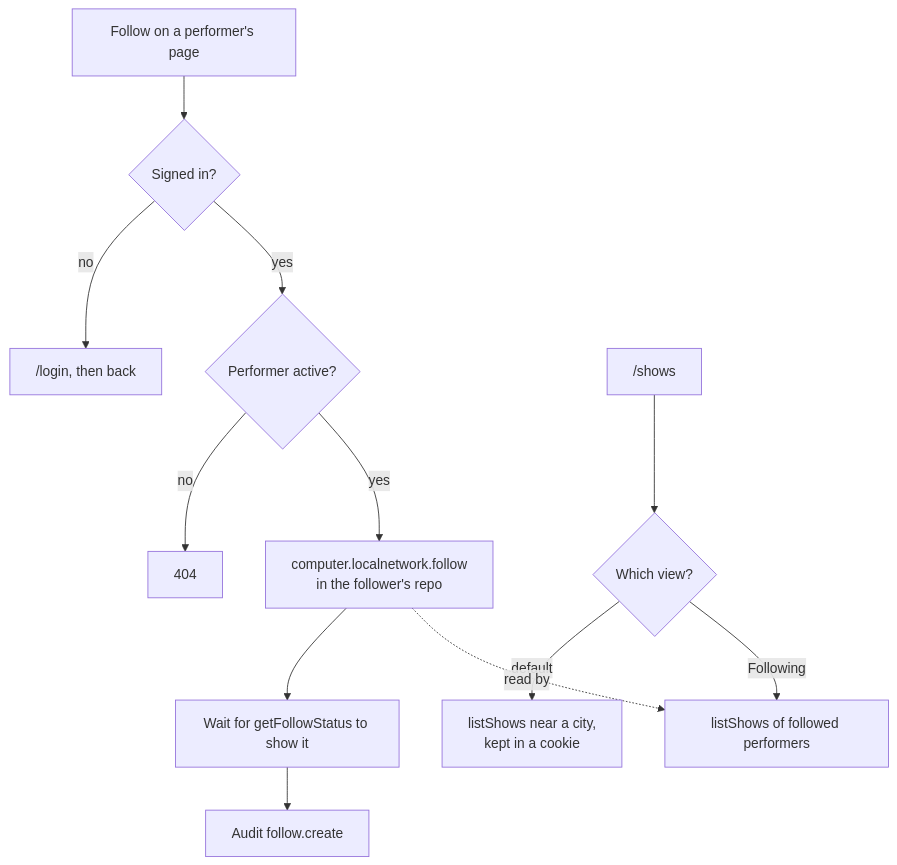
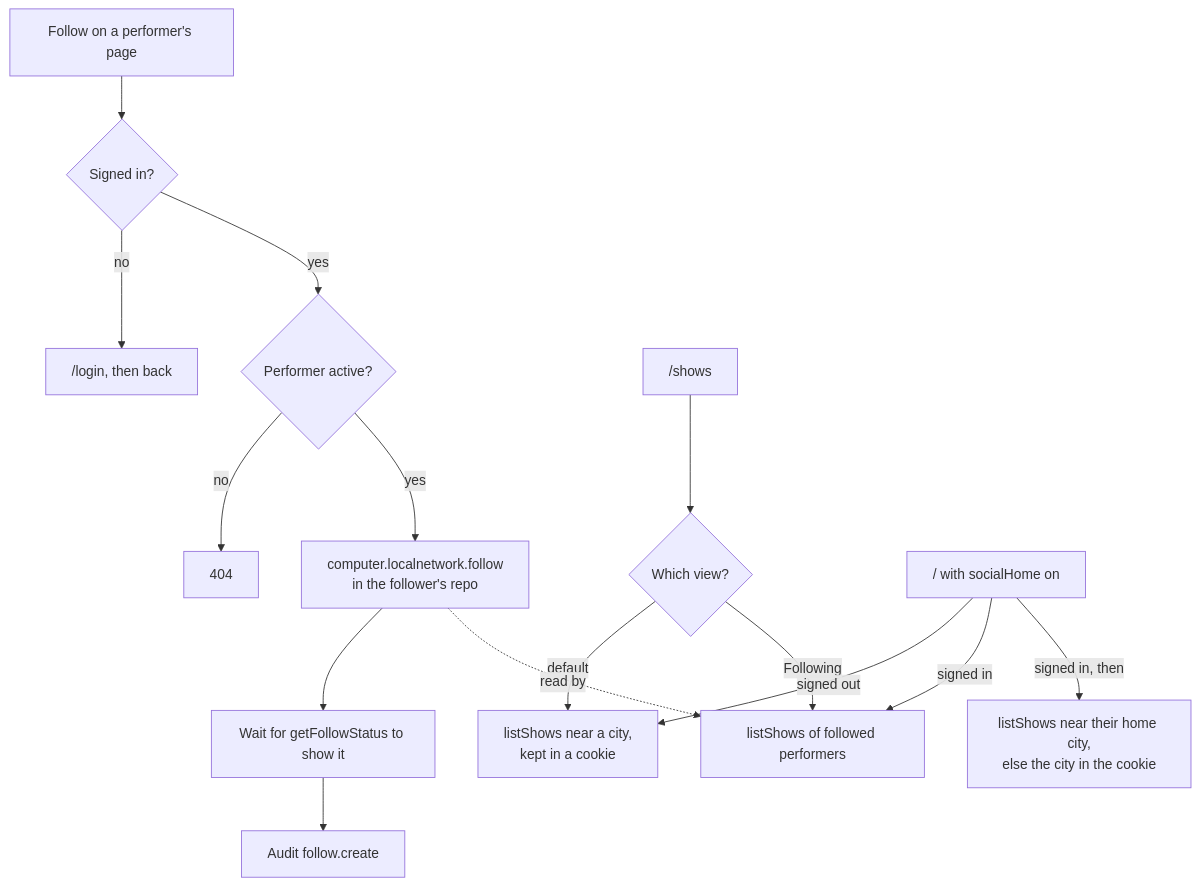
One commit to cutenode/localnetwork changed the second of 6 diagrams in apps/web/docs/diagrams/shows-and-inbox.md. Above: the diagram before and after it, drawn with Mermaid. The commit also changed other lines of this file and 28 other files, not shown here.

First line of the commit message:
feat(web): build the home page around what's on near you and your network

````diff
--- a/apps/web/docs/diagrams/shows-and-inbox.md
+++ b/apps/web/docs/diagrams/shows-and-inbox.md
@@ -43,14 +43,17 @@
 ```mermaid
 flowchart TD
   Button["Follow on a performer's page"] --> Signed{"Signed in?"}
   Signed -- "no" --> Login["/login, then back"]
   Signed -- "yes" --> Active{"Performer active?"}
   Active -- "no" --> Gone["404"]
   Active -- "yes" --> Write["computer.localnetwork.follow<br/>in the follower's repo"]
   Write --> Wait["Wait for getFollowStatus to show it"]
   Wait --> Audit["Audit follow.create"]
   Shows["/shows"] --> View{"Which view?"}
   View -- "default" --> Near["listShows near a city,<br/>kept in a cookie"]
   View -- "Following" --> Followed["listShows of followed performers"]
   Write -. "read by" .-> Followed
+  Home["/ with socialHome on"] -- "signed out" --> Near
+  Home -- "signed in" --> Followed
+  Home -- "signed in, then" --> HomeCity["listShows near their home city,<br/>else the city in the cookie"]
 ```
````
